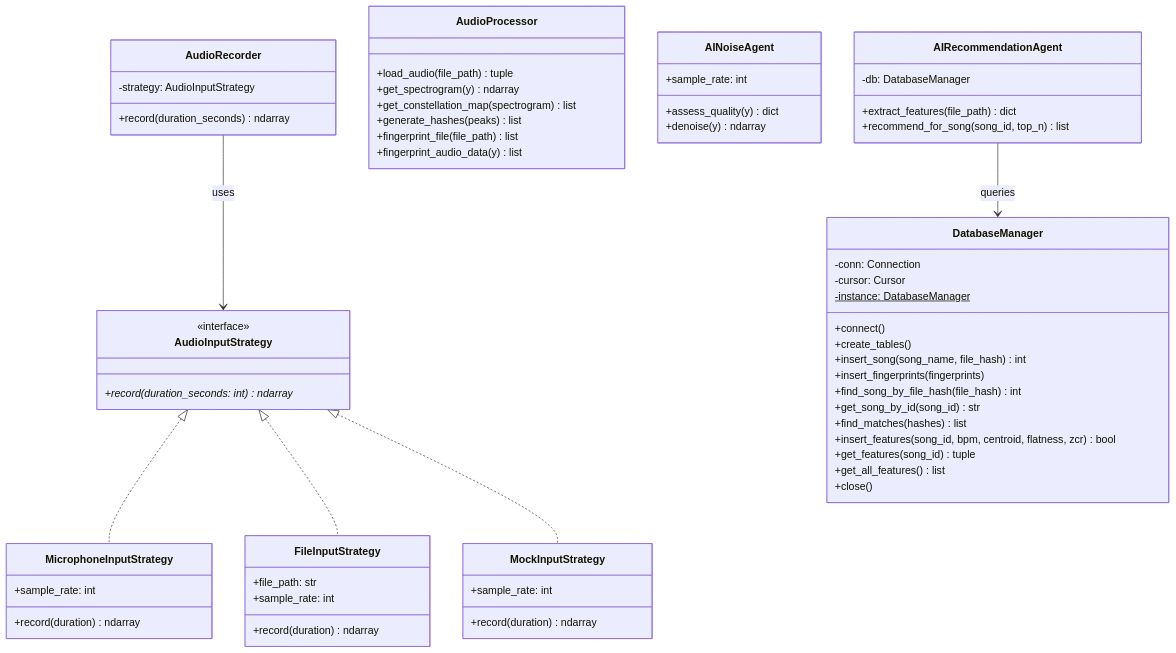
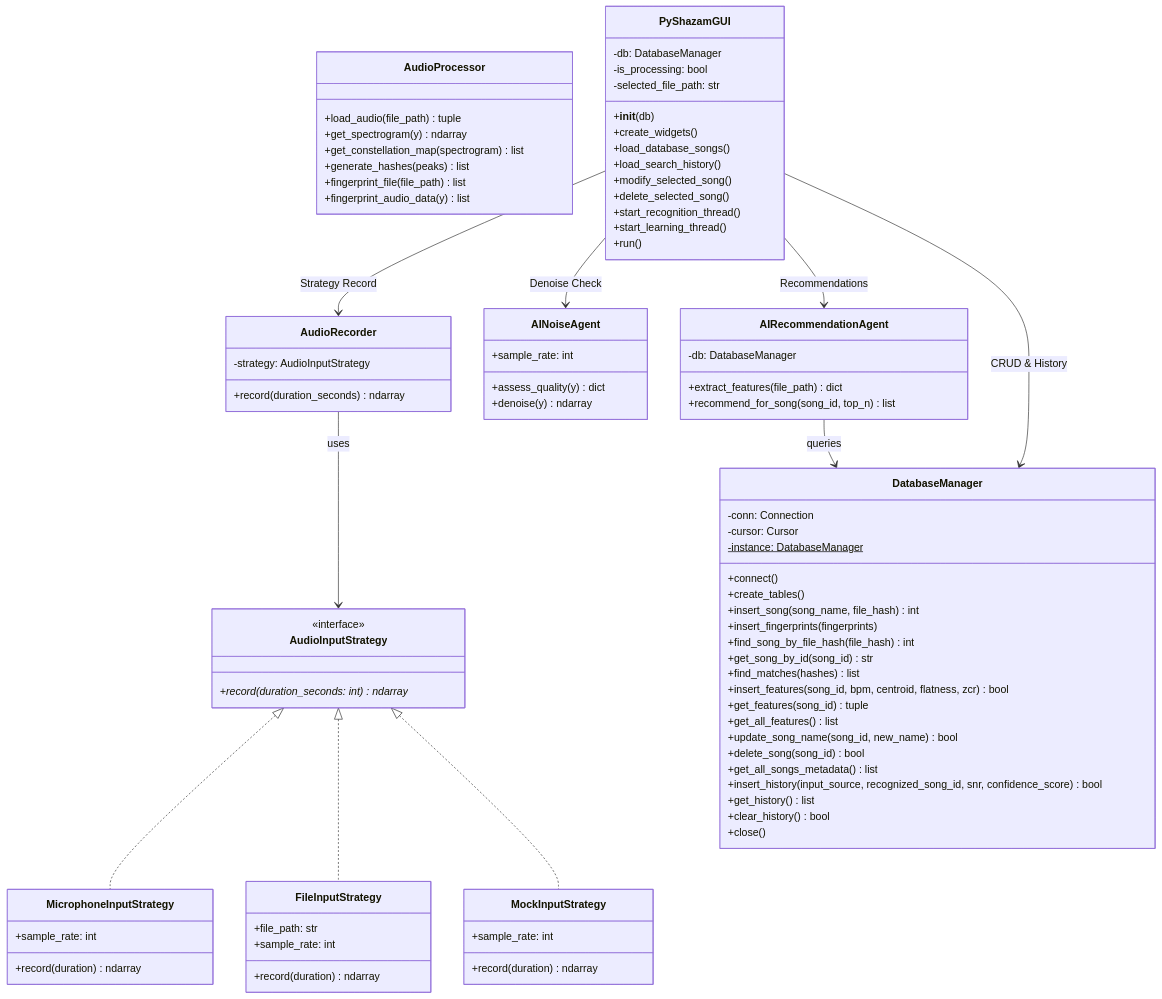
One commit to vladenachescu/EchoPrint changed the diagram in README.md. Above: the diagram before and after it, drawn with Mermaid. The commit also changed other lines of this file and 5 other files, not shown here.

Commit message:
Implement full desktop GUI, search history persistence, database filtering, and song edit/delete CRUD operations

````diff
--- a/README.md
+++ b/README.md
@@ -55,6 +55,12 @@
         +insert_features(song_id, bpm, centroid, flatness, zcr) bool
         +get_features(song_id) tuple
         +get_all_features() list
+        +update_song_name(song_id, new_name) bool
+        +delete_song(song_id) bool
+        +get_all_songs_metadata() list
+        +insert_history(input_source, recognized_song_id, snr, confidence_score) bool
+        +get_history() list
+        +clear_history() bool
         +close()
     }
     
@@ -79,4 +85,23 @@
         +recommend_for_song(song_id, top_n) list
     }
     AIRecommendationAgent --> DatabaseManager : queries
+    
+    class PyShazamGUI {
+        -db: DatabaseManager
+        -is_processing: bool
+        -selected_file_path: str
+        +__init__(db)
+        +create_widgets()
+        +load_database_songs()
+        +load_search_history()
+        +modify_selected_song()
+        +delete_selected_song()
+        +start_recognition_thread()
+        +start_learning_thread()
+        +run()
+    }
+    PyShazamGUI --> DatabaseManager : CRUD & History
+    PyShazamGUI --> AINoiseAgent : Denoise Check
+    PyShazamGUI --> AIRecommendationAgent : Recommendations
+    PyShazamGUI --> AudioRecorder : Strategy Record
 ```
````
